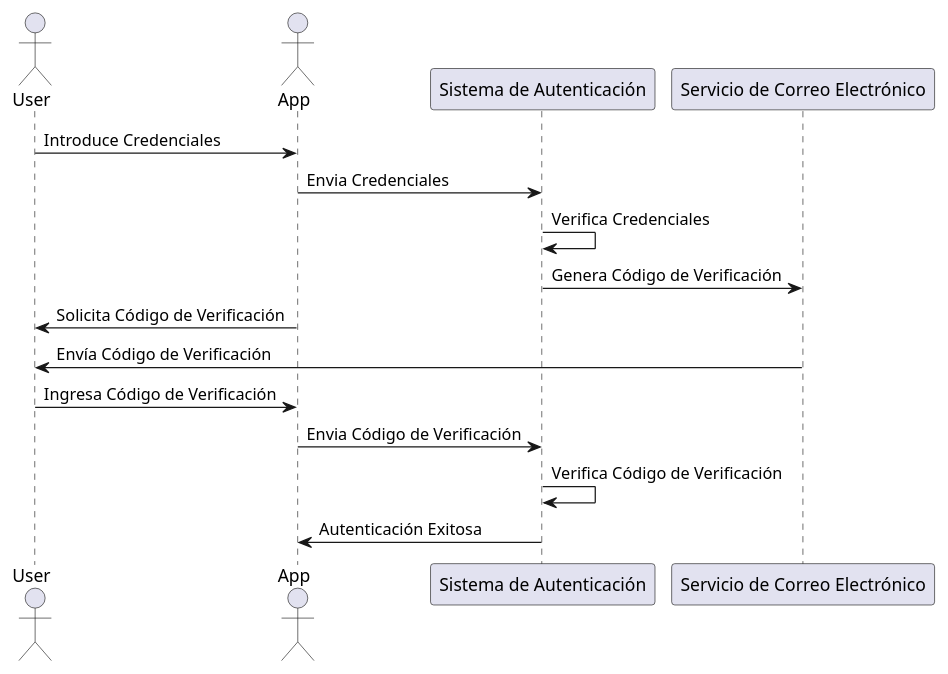
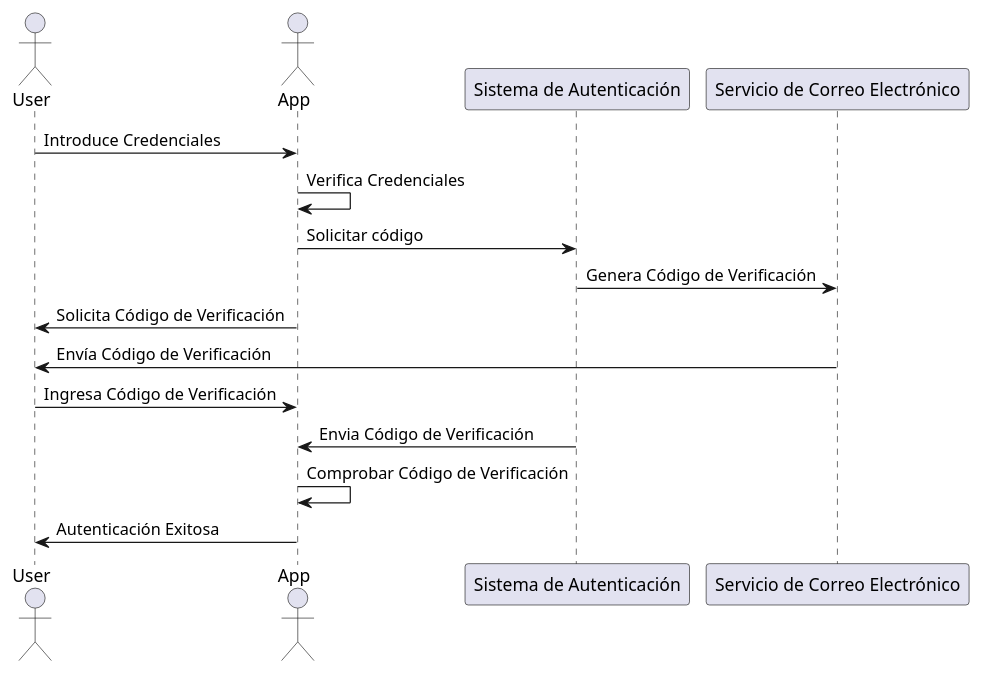
The diagram in docs/diagrama_de_secuencia.puml (Ollyxs/AuthMe), drawn with PlantUML before and after one commit. The commit also changed 1 other file, not shown here.

Commit message:
fix #6 and #7: diagrams

```diff
--- a/docs/diagrama_de_secuencia.puml
+++ b/docs/diagrama_de_secuencia.puml
@@ -1,17 +1,17 @@
-@startuml
+@startuml "Diagrama de Secuencia"
 actor User
 actor App
 participant "Sistema de Autenticación" as Auth
 participant "Servicio de Correo Electrónico" as MailSender
 
 User -> App: Introduce Credenciales
-App -> Auth: Envia Credenciales
-Auth -> Auth: Verifica Credenciales
+App -> App: Verifica Credenciales
+App -> Auth: Solicitar código
 Auth -> MailSender: Genera Código de Verificación
 App -> User: Solicita Código de Verificación
 MailSender -> User: Envía Código de Verificación
 User -> App: Ingresa Código de Verificación
-App -> Auth: Envia Código de Verificación
-Auth -> Auth: Verifica Código de Verificación
-Auth -> App: Autenticación Exitosa
+Auth -> App: Envia Código de Verificación
+App -> App: Comprobar Código de Verificación
+App -> User: Autenticación Exitosa
 @enduml
```
